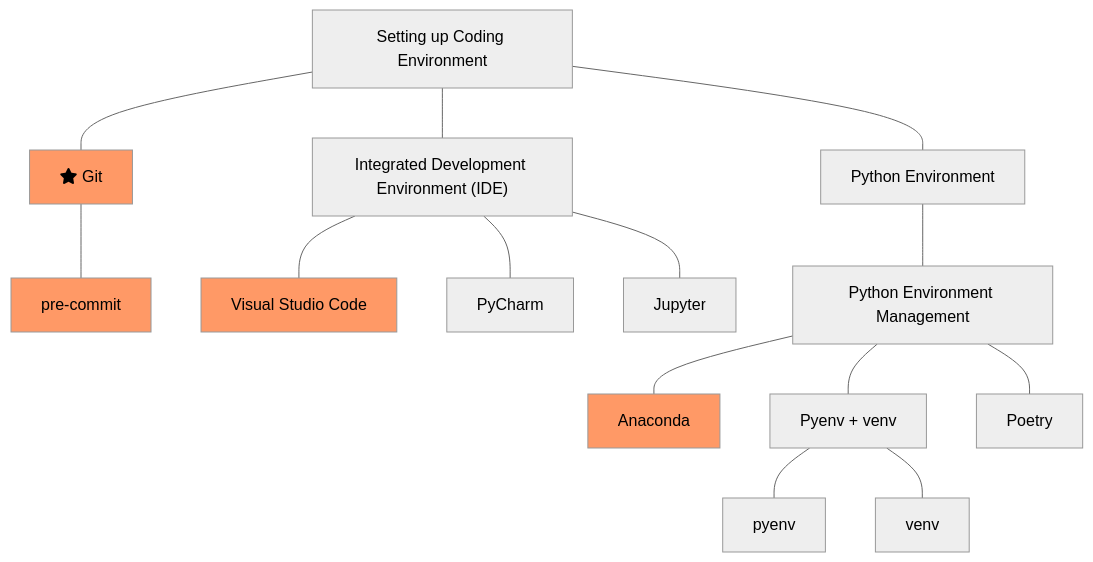
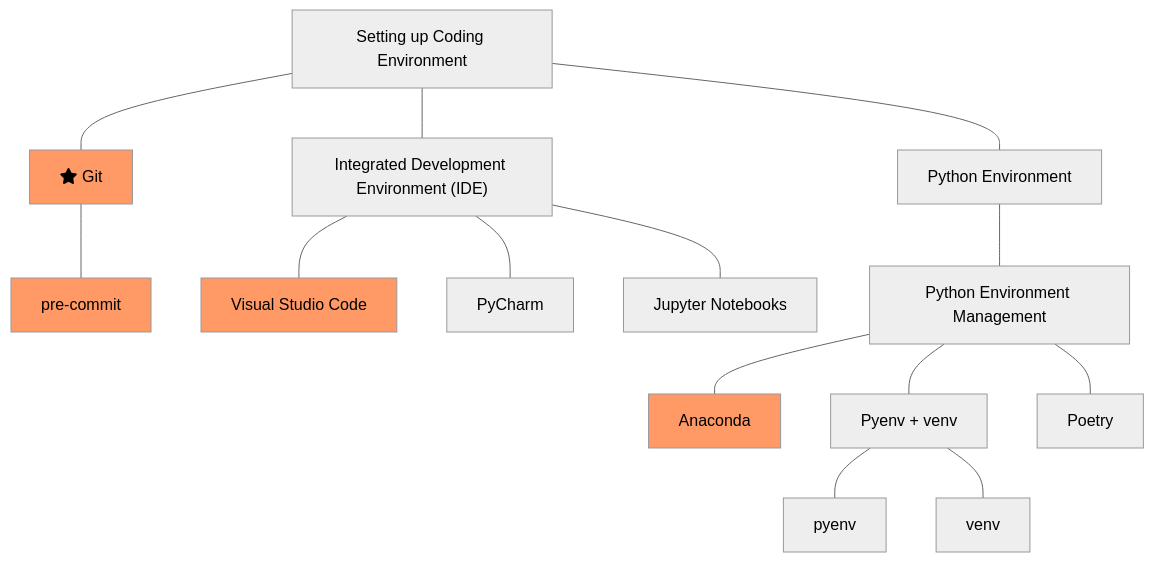
One commit to emptymalei/deep-learning changed the first of 2 diagrams in dl/onboarding/index.md. Above: the diagram before and after it, drawn with Mermaid (neutral theme). The commit also changed 1 other file, not shown here.

Commit message:
oppotimize

````diff
--- a/dl/onboarding/index.md
+++ b/dl/onboarding/index.md
@@ -28,46 +28,46 @@
     ```mermaid
     flowchart TD
     classDef highlight fill:#f96;
 
     env["Setting up Coding Environment"]
     git["fa:fa-star Git"]:::highlight
     precommit["pre-commit"]:::highlight
     ide["Integrated Development Environment (IDE)"]
     vscode["Visual Studio Code"]:::highlight
     pycharm["PyCharm"]
-    jupyter["Jupyter"]
+    jupyter["Jupyter Notebooks"]
     python["Python Environment"]
     py_env["Python Environment Management"]
     conda["Anaconda"]:::highlight
     pyenv_venv["Pyenv + venv"]
     poetry["Poetry"]
     pyenv["pyenv"]
     venv["venv"]
 
     click git "https://git-scm.com/" "Git"
     click precommit "https://pre-commit.com/" "pre-commit"
     click vscode "https://code.visualstudio.com/" "Visual Studio Code"
     click jupyter "https://jupyter.org/" "Jupyter Lab"
     click pycharm "https://www.jetbrains.com/pycharm/" "PyCharm"
     click conda "https://www.anaconda.com/" "Anaconda"
     click pyenv "https://github.com/pyenv/pyenv" "pyenv"
     click venv "https://docs.python.org/3/library/venv.html" "venv"
     click poetry "https://python-poetry.org/" "poetry"
 
     env --- git
     git --- precommit
 
     env --- ide
     ide --- vscode
     ide --- jupyter
     ide --- pycharm
 
     env --- python
     python --- py_env
     py_env --- conda
     py_env --- pyenv_venv
     py_env --- poetry
 
     pyenv_venv --- pyenv
     pyenv_venv --- venv
     ```
````
